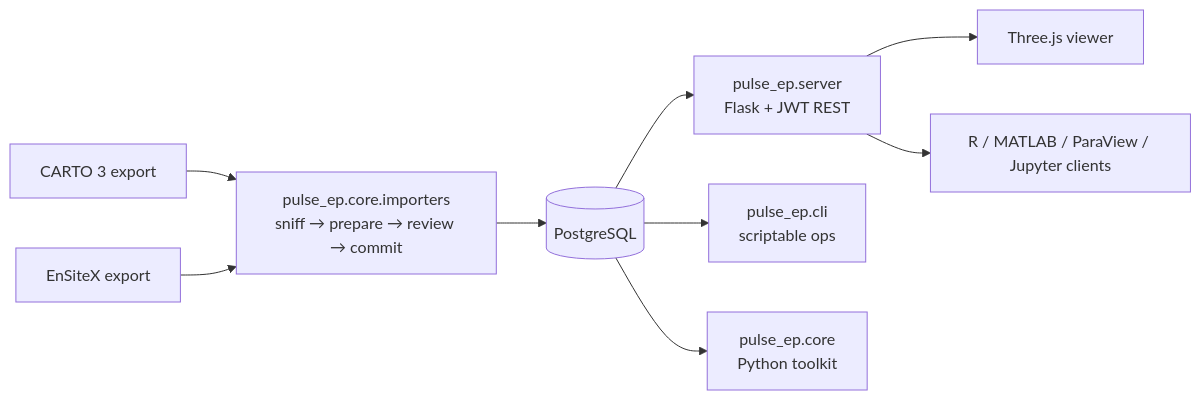
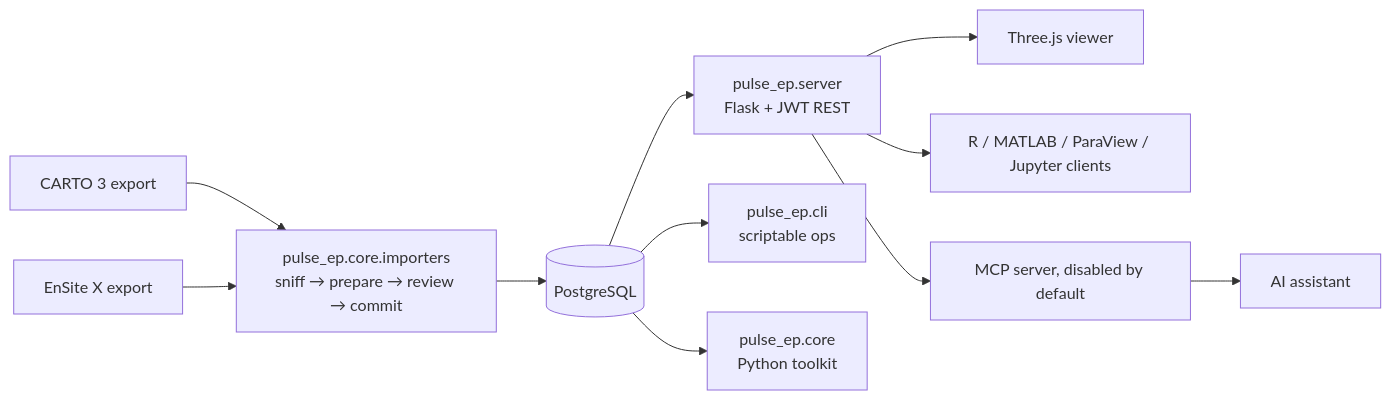
The diagram in docs/index.md (swillert/pulse-ep), drawn with Mermaid before and after one commit. The commit also changed other lines of this file and 88 other files, not shown here.

````diff
--- a/docs/index.md
+++ b/docs/index.md
@@ -85,11 +85,13 @@
 ```mermaid
 flowchart LR
     A1[CARTO 3 export] --> B
-    A2[EnSiteX export] --> B
+    A2[EnSite X export] --> B
     B[pulse_ep.core.importers<br/>sniff → prepare → review → commit] --> C[(PostgreSQL)]
     C --> D[pulse_ep.server<br/>Flask + JWT REST]
     C --> E[pulse_ep.cli<br/>scriptable ops]
     C --> F[pulse_ep.core<br/>Python toolkit]
     D --> G[Three.js viewer]
     D --> H[R / MATLAB / ParaView / Jupyter clients]
+    D --> I[MCP server, disabled by default]
+    I --> J[AI assistant]
 ```
````
